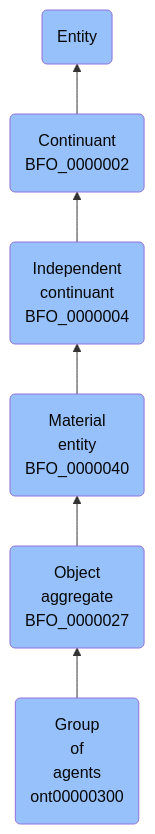
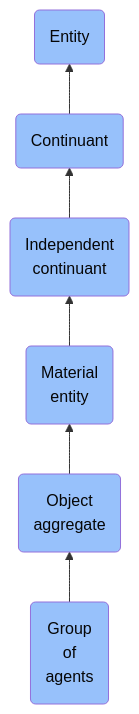
The diagram in docs/ontology/reference/model/Entity/Continuant/Independent continuant/Material entity/Object aggregate/Group of agents/Group of agents.md (jupyter-naas/abi), drawn with Mermaid before and after one commit. The commit also changed other lines of this file and 1430 other files, not shown here.

````diff
--- a/docs/ontology/reference/model/Entity/Continuant/Independent continuant/Material entity/Object aggregate/Group of agents/Group of agents.md
+++ b/docs/ontology/reference/model/Entity/Continuant/Independent continuant/Material entity/Object aggregate/Group of agents/Group of agents.md
@@ -24,13 +24,13 @@
 ```mermaid
 graph BT
-    ont00000300(Group<br>of<br>agents<br>ont00000300):::BFO-->BFO_0000027
-    BFO_0000027(Object<br>aggregate<br>BFO_0000027):::BFO-->BFO_0000040
-    BFO_0000040(Material<br>entity<br>BFO_0000040):::BFO-->BFO_0000004
-    BFO_0000004(Independent<br>continuant<br>BFO_0000004):::BFO-->BFO_0000002
-    BFO_0000002(Continuant<br>BFO_0000002):::BFO-->BFO_0000001
+    ont00000300(Group<br>of<br>agents):::BFO-->BFO_0000027
+    BFO_0000027(Object<br>aggregate):::BFO-->BFO_0000040
+    BFO_0000040(Material<br>entity):::BFO-->BFO_0000004
+    BFO_0000004(Independent<br>continuant):::BFO-->BFO_0000002
+    BFO_0000002(Continuant):::BFO-->BFO_0000001
     BFO_0000001(Entity):::BFO
     
     classDef BFO fill:#97c1fb,color:#060606
     classDef CCO fill:#e4c51e,color:#060606
     classDef ABI fill:#48DD82,color:#060606
 ```
````
